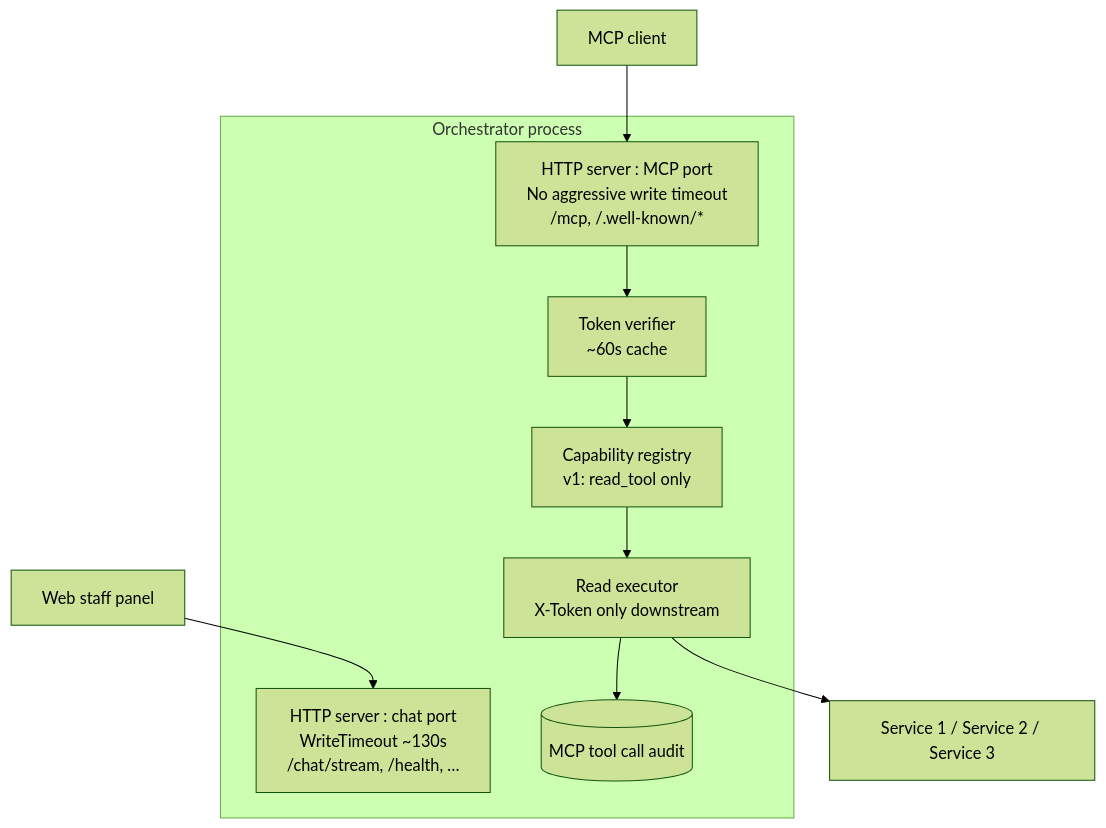
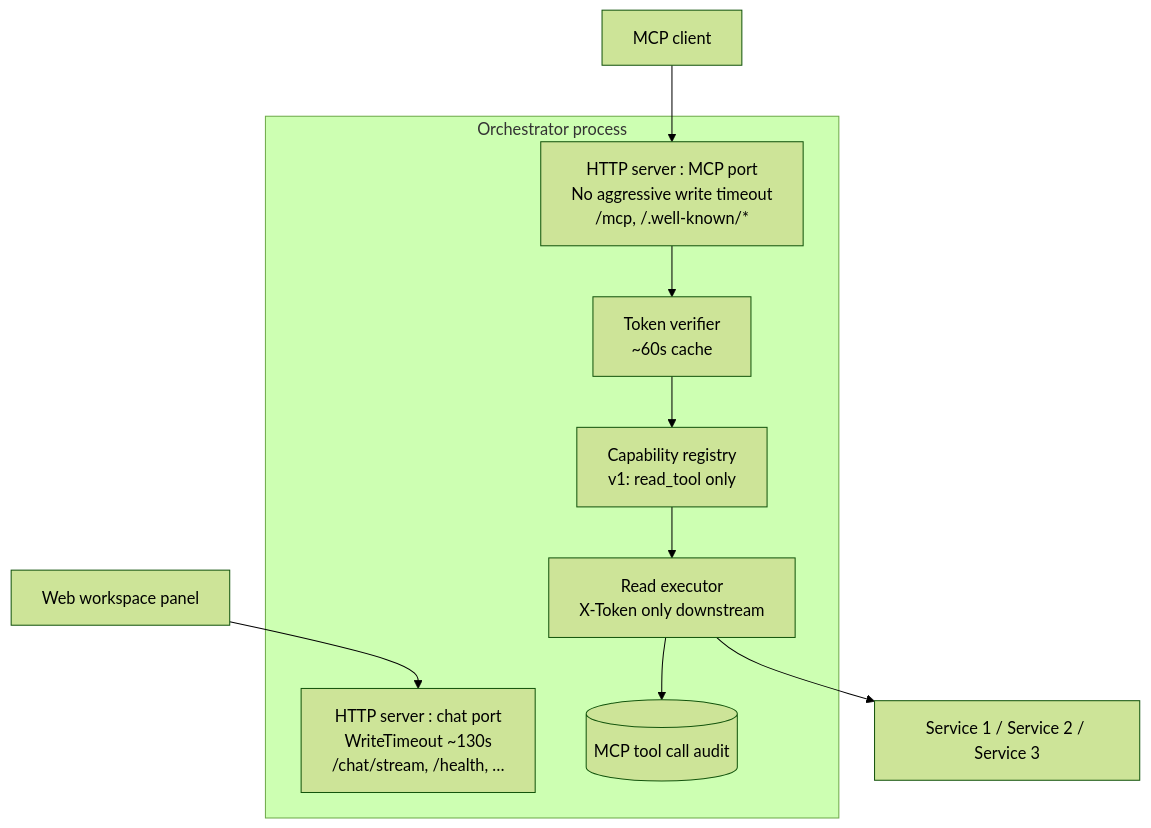
The second of 10 diagrams in content/blog/hotel-pms-mcp-tool-server.mdx (sahsisunny/Personal-Portfolio), drawn with Mermaid (forest theme) before and after one commit. The commit also changed other lines of this file and 7 other files, not shown here.

````diff
--- a/content/blog/hotel-pms-mcp-tool-server.mdx
+++ b/content/blog/hotel-pms-mcp-tool-server.mdx
@@ -68,17 +71,17 @@
 ```mermaid
 flowchart TB
   subgraph Process["Orchestrator process"]
     S1["HTTP server : chat port<br/>WriteTimeout ~130s<br/>/chat/stream, /health, …"]
     S2["HTTP server : MCP port<br/>No aggressive write timeout<br/>/mcp, /.well-known/*"]
     V["Token verifier<br/>~60s cache"]
     REG["Capability registry<br/>v1: read_tool only"]
     EXEC["Read executor<br/>X-Token only downstream"]
     AUD[("MCP tool call audit")]
   end
 
   Client["MCP client"] --> S2
-  Browser["Web staff panel"] --> S1
+  Browser["Web workspace panel"] --> S1
   S2 --> V
   V --> REG --> EXEC --> AUD
   EXEC --> APIs["Service 1 / Service 2 / Service 3"]
 ```
````
